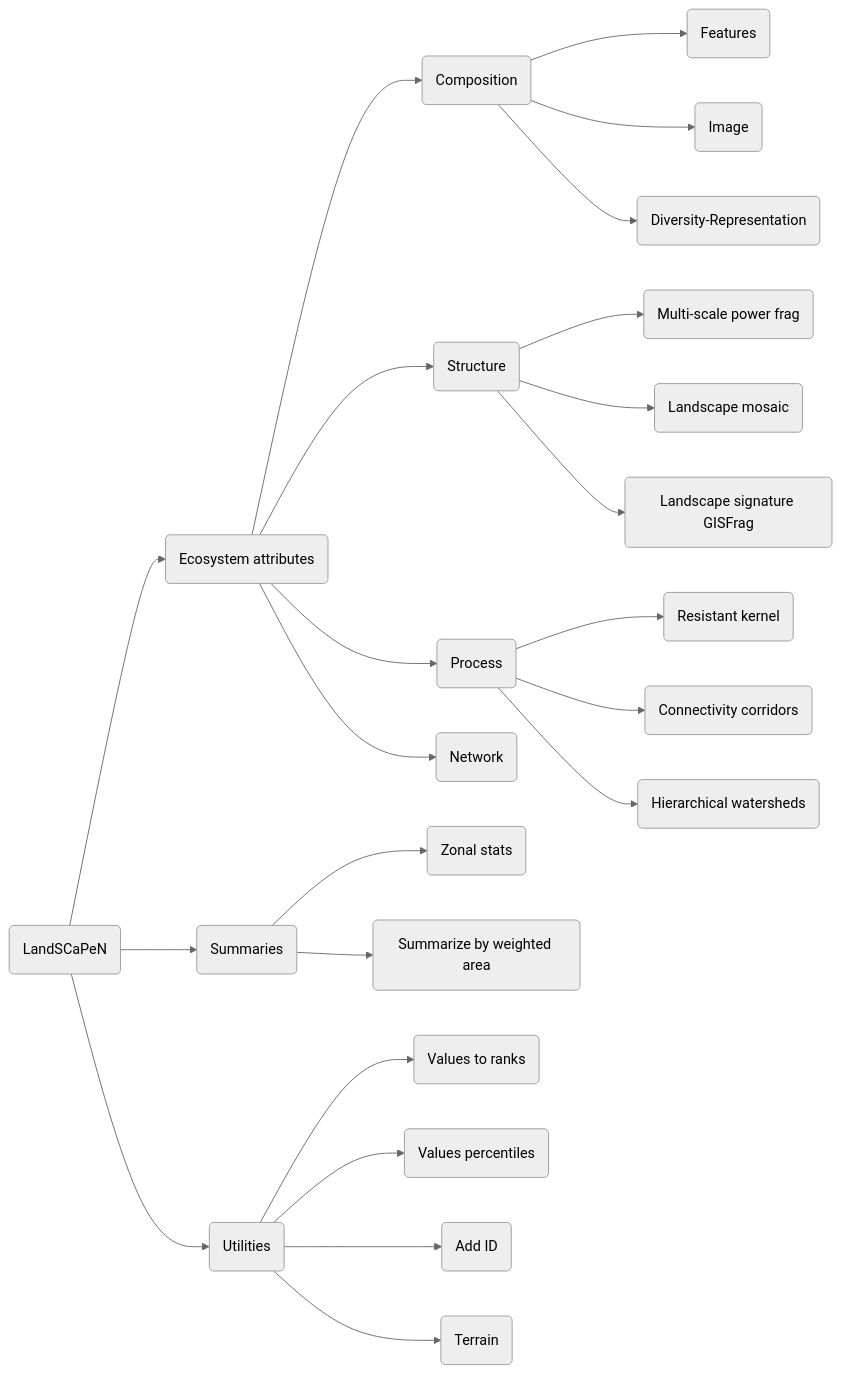
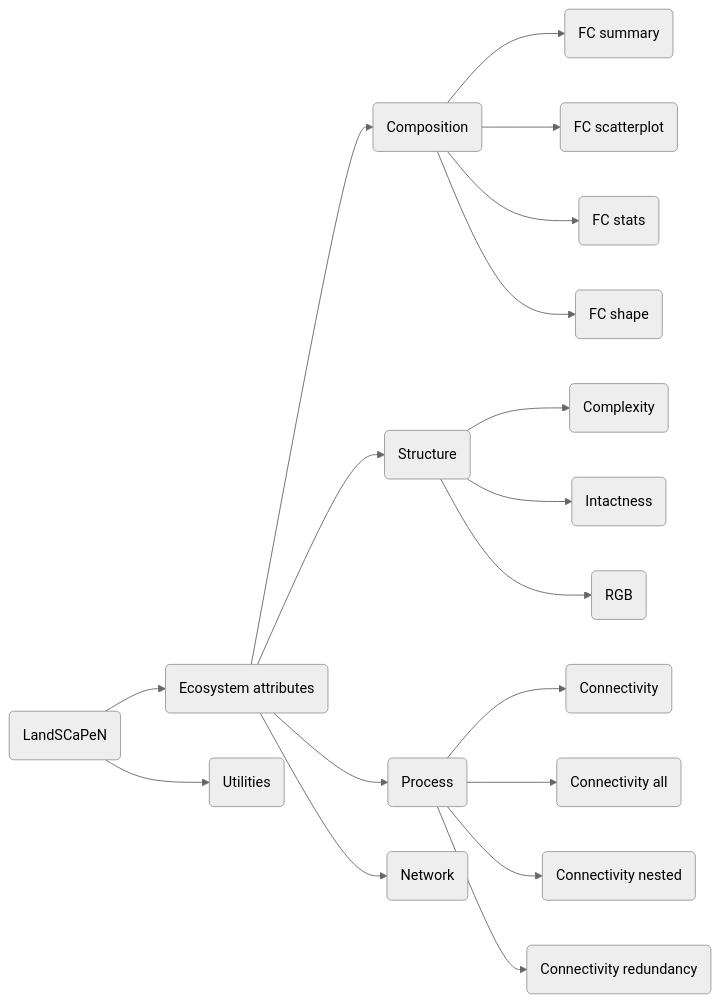
The diagram in README.md (davidtheobald8/landscapen), drawn with Mermaid (neutral theme) before and after one commit. The commit also changed other lines of this file, not shown here.

````diff
--- a/README.md
+++ b/README.md
@@ -2,59 +10,51 @@
-```mermaid
-  graph LR;
-      A(LandSCaPeN)
-      A-->B;
-      A-->C1;
-      A-->D1;
-      %%(HM CA) users/DavidTheobald8/HM/HM_202204/HM_Y2Y_CA_2020_90_60sland%%
-
-      B(Ecosystem attributes)
-      B-->B1;
-      B-->B2;
-      B-->B3;
-      B-->B4;
-      %%(HM US) users/DavidTheobald8/HM/HM_202204/HM_Y2Y_US_2020_90_60sland%%
-
-      B1(Composition)
-      B1-->B11
-      B1-->B12    
-      B1-->B13    
-      B11(Features)
-      B12(Image)
-      B13(Diversity-Representation)
-      
-      B2(Structure)
-      B2-->B21
-      B2-->B22
-      B2-->B23
-      B21(Multi-scale power frag)
-      B22(Landscape mosaic)
-      B23(Landscape signature GISFrag)
-
-      B3(Process)
-      B3-->B31
-      B3-->B32
-      B3-->B33
-      B31(Resistant kernel)
-      B32(Connectivity corridors)
-      B33(Hierarchical watersheds)
-
-      B4(Network)
-%%      click C "https://code.earthengine.google.com/?scriptPath=users%2FDavidTheobald8%2FEXP_Y2Y%3ACalculate%20multi-scale%20percolation"     
-
-      C1(Summaries)
-      C1-->C11
-      C1-->C12
-      C11(Zonal stats)
-      C12(Summarize by weighted area)
-      
-      D1(Utilities)
-      D1-->D11
-      D1-->D12
-      D1-->D13
-      D1-->D14    
-      D11(Values to ranks)
-      D12(Values percentiles)
-      D13(Add ID)
-      D14(Terrain)
-
-```
+ ```mermaid
+   graph LR;
+       A(LandSCaPeN)
+       A-->B;
+       A-->C;
+       %%(HM CA) users/DavidTheobald8/HM/HM_202204/HM_Y2Y_CA_2020_90_60sland%%
+       B(Ecosystem attributes)
+       B-->B1;
+       B-->B2;
+       B-->B3;
+       B-->B4;
+       %%(HM US) users/DavidTheobald8/HM/HM_202204/HM_Y2Y_US_2020_90_60sland%%
+       B1(Composition)
+       B1-->B11
+       B1-->B12
+       B1-->B13
+       B1-->B14
+       B11(FC summary)
+ %%      click B11 "https://code.earthengine.google.com/?scriptPath=users%2FDavidTheobald8%2Flibs%3Alse.compositionFC()"
+       B12(FC scatterplot)
+ %%      click B12 "https://code.earthengine.google.com/?scriptPath=users%2FDavidTheobald8%2Flibs%3Alse.compositionFCscatter()"
+       B13(FC stats)
+ %%      click B13 "https://code.earthengine.google.com/?scriptPath=users%2FDavidTheobald8%2Flibs%3Alse.compositionFCstats()"
+       B14(FC shape)
+ %%      click B14 "https://code.earthengine.google.com/?scriptPath=users%2FDavidTheobald8%2Flibs%3Alse.compositionFCstats()%20add%20shape%20properties"
+       B2(Structure)
+       B21(Complexity)
+       B2-->B21
+ %%      click B21 "https://code.earthengine.google.com/?scriptPath=users%2FDavidTheobald8%2Flibs%3Alse.structuralComplexity()"
+       B22(Intactness)
+       B2-->B22
+ %%      click B22 "https://code.earthengine.google.com/?scriptPath=users%2FDavidTheobald8%2Flibs%3Alse.structuralIntactness()"
+       B23(RGB)
+       B2-->B23
+ %%      click B23 "https://code.earthengine.google.com/?scriptPath=users%2FDavidTheobald8%2Flibs%3Alse.structuralRGB()"
+       B3(Process)
+       B31(Connectivity)
+       B3-->B31
+ %%      click B31 "https://code.earthengine.google.com/?scriptPath=users%2FDavidTheobald8%2Flibs%3Alse.connectivity()"
+       B32(Connectivity all)
+       B3-->B32
+ %%      click B32 "https://code.earthengine.google.com/?scriptPath=users%2FDavidTheobald8%2Flibs%3Alse.connectivityAll()"
+       B33(Connectivity nested)
+       B3-->B33
+ %%      click B33 "https://code.earthengine.google.com/?scriptPath=users%2FDavidTheobald8%2Flibs%3Alse.connectivityAll()"
+       B34(Connectivity redundancy)
+       B3-->B34
+ %%      click B34 "https://code.earthengine.google.com/?scriptPath=users%2FDavidTheobald8%2Flibs%3Alse.connectivityAll()"
+       B4(Network)
+       C(Utilities)
+ ```
````
